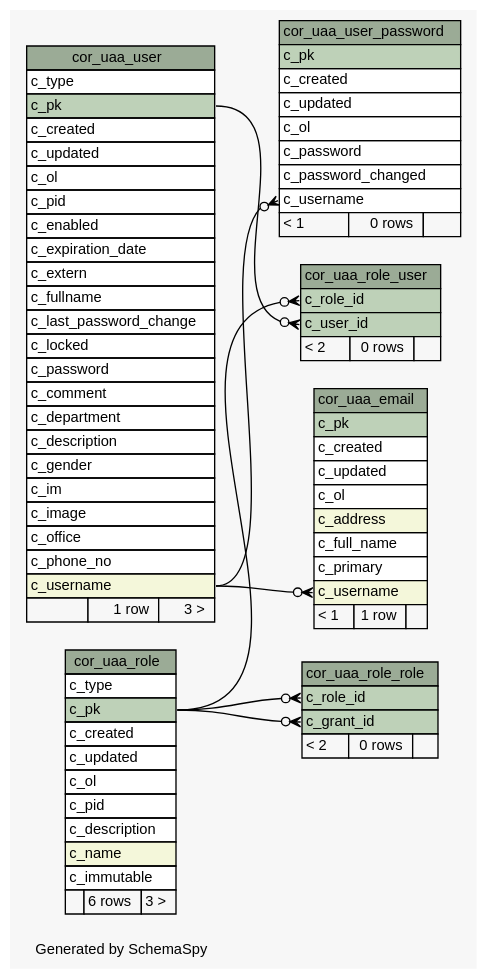
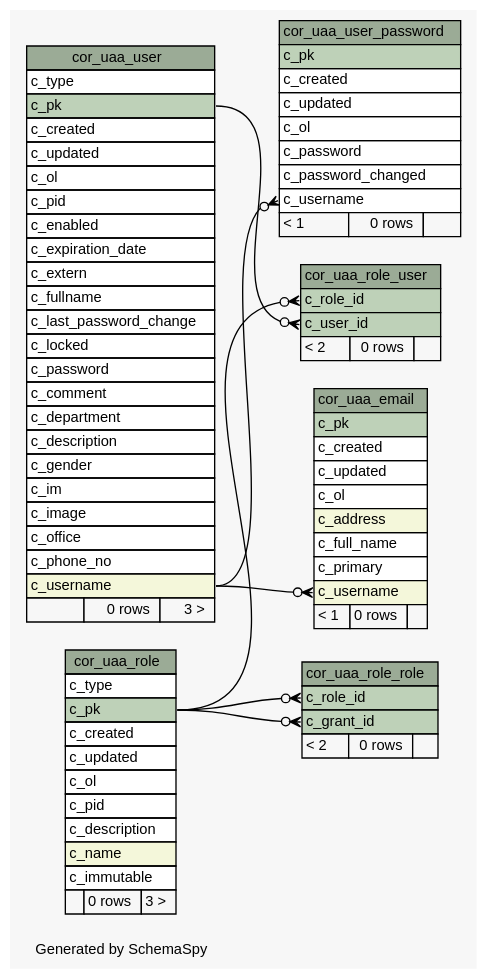
The diagram in 1.1.0-SNAPSHOT/schemaspy/diagrams/summary/relationships.real.large.dot (openwms/org.openwms.core.uaa), drawn with Graphviz before and after one commit. The commit also changed 402 other files, not shown here.

```diff
--- a/1.1.0-SNAPSHOT/schemaspy/diagrams/summary/relationships.real.large.dot
+++ b/1.1.0-SNAPSHOT/schemaspy/diagrams/summary/relationships.real.large.dot
@@ -1,132 +1,132 @@
-// dot 2.38.0 on Linux 4.15.0-1077-gcp
+// dot 2.43.0 on Linux 5.4.0-1039-azure
 // SchemaSpy rev Unknown
 digraph "largeRelationshipsDiagram" {
   graph [
     rankdir="RL"
     bgcolor="#f7f7f7"
     label="\nGenerated by SchemaSpy"
     labeljust="l"
     nodesep="0.18"
     ranksep="0.46"
     fontname="Helvetica"
     fontsize="11"
   ];
   node [
     fontname="Helvetica"
     fontsize="11"
     shape="plaintext"
   ];
   edge [
     arrowsize="0.8"
   ];
   "cor_uaa_email" [
     label=<
     <TABLE BORDER="0" CELLBORDER="1" CELLSPACING="0" BGCOLOR="#ffffff">
       <TR><TD COLSPAN="3" BGCOLOR="#9bab96" ALIGN="CENTER">cor_uaa_email</TD></TR>
       <TR><TD PORT="c_pk" COLSPAN="3" BGCOLOR="#bed1b8" ALIGN="LEFT">c_pk</TD></TR>
       <TR><TD PORT="c_created" COLSPAN="3" ALIGN="LEFT">c_created</TD></TR>
       <TR><TD PORT="c_updated" COLSPAN="3" ALIGN="LEFT">c_updated</TD></TR>
       <TR><TD PORT="c_ol" COLSPAN="3" ALIGN="LEFT">c_ol</TD></TR>
       <TR><TD PORT="c_address" COLSPAN="3" BGCOLOR="#f4f7da" ALIGN="LEFT">c_address</TD></TR>
       <TR><TD PORT="c_full_name" COLSPAN="3" ALIGN="LEFT">c_full_name</TD></TR>
       <TR><TD PORT="c_primary" COLSPAN="3" ALIGN="LEFT">c_primary</TD></TR>
       <TR><TD PORT="c_username" COLSPAN="3" BGCOLOR="#f4f7da" ALIGN="LEFT">c_username</TD></TR>
-      <TR><TD ALIGN="LEFT" BGCOLOR="#f7f7f7">&lt; 1</TD><TD ALIGN="RIGHT" BGCOLOR="#f7f7f7">1 row</TD><TD ALIGN="RIGHT" BGCOLOR="#f7f7f7">  </TD></TR>
+      <TR><TD ALIGN="LEFT" BGCOLOR="#f7f7f7">&lt; 1</TD><TD ALIGN="RIGHT" BGCOLOR="#f7f7f7">0 rows</TD><TD ALIGN="RIGHT" BGCOLOR="#f7f7f7">  </TD></TR>
     </TABLE>>
     URL="tables/cor_uaa_email.html"
     tooltip="cor_uaa_email"
   ];
   "cor_uaa_role" [
     label=<
     <TABLE BORDER="0" CELLBORDER="1" CELLSPACING="0" BGCOLOR="#ffffff">
       <TR><TD COLSPAN="3" BGCOLOR="#9bab96" ALIGN="CENTER">cor_uaa_role</TD></TR>
       <TR><TD PORT="c_type" COLSPAN="3" ALIGN="LEFT">c_type</TD></TR>
       <TR><TD PORT="c_pk" COLSPAN="3" BGCOLOR="#bed1b8" ALIGN="LEFT">c_pk</TD></TR>
       <TR><TD PORT="c_created" COLSPAN="3" ALIGN="LEFT">c_created</TD></TR>
       <TR><TD PORT="c_updated" COLSPAN="3" ALIGN="LEFT">c_updated</TD></TR>
       <TR><TD PORT="c_ol" COLSPAN="3" ALIGN="LEFT">c_ol</TD></TR>
       <TR><TD PORT="c_pid" COLSPAN="3" ALIGN="LEFT">c_pid</TD></TR>
       <TR><TD PORT="c_description" COLSPAN="3" ALIGN="LEFT">c_description</TD></TR>
       <TR><TD PORT="c_name" COLSPAN="3" BGCOLOR="#f4f7da" ALIGN="LEFT">c_name</TD></TR>
       <TR><TD PORT="c_immutable" COLSPAN="3" ALIGN="LEFT">c_immutable</TD></TR>
-      <TR><TD ALIGN="LEFT" BGCOLOR="#f7f7f7">  </TD><TD ALIGN="RIGHT" BGCOLOR="#f7f7f7">6 rows</TD><TD ALIGN="RIGHT" BGCOLOR="#f7f7f7">3 &gt;</TD></TR>
+      <TR><TD ALIGN="LEFT" BGCOLOR="#f7f7f7">  </TD><TD ALIGN="RIGHT" BGCOLOR="#f7f7f7">0 rows</TD><TD ALIGN="RIGHT" BGCOLOR="#f7f7f7">3 &gt;</TD></TR>
     </TABLE>>
     URL="tables/cor_uaa_role.html"
     tooltip="cor_uaa_role"
   ];
   "cor_uaa_role_role" [
     label=<
     <TABLE BORDER="0" CELLBORDER="1" CELLSPACING="0" BGCOLOR="#ffffff">
       <TR><TD COLSPAN="3" BGCOLOR="#9bab96" ALIGN="CENTER">cor_uaa_role_role</TD></TR>
       <TR><TD PORT="c_role_id" COLSPAN="3" BGCOLOR="#bed1b8" ALIGN="LEFT">c_role_id</TD></TR>
       <TR><TD PORT="c_grant_id" COLSPAN="3" BGCOLOR="#bed1b8" ALIGN="LEFT">c_grant_id</TD></TR>
       <TR><TD ALIGN="LEFT" BGCOLOR="#f7f7f7">&lt; 2</TD><TD ALIGN="RIGHT" BGCOLOR="#f7f7f7">0 rows</TD><TD ALIGN="RIGHT" BGCOLOR="#f7f7f7">  </TD></TR>
     </TABLE>>
     URL="tables/cor_uaa_role_role.html"
     tooltip="cor_uaa_role_role"
   ];
   "cor_uaa_role_user" [
     label=<
     <TABLE BORDER="0" CELLBORDER="1" CELLSPACING="0" BGCOLOR="#ffffff">
       <TR><TD COLSPAN="3" BGCOLOR="#9bab96" ALIGN="CENTER">cor_uaa_role_user</TD></TR>
       <TR><TD PORT="c_role_id" COLSPAN="3" BGCOLOR="#bed1b8" ALIGN="LEFT">c_role_id</TD></TR>
       <TR><TD PORT="c_user_id" COLSPAN="3" BGCOLOR="#bed1b8" ALIGN="LEFT">c_user_id</TD></TR>
       <TR><TD ALIGN="LEFT" BGCOLOR="#f7f7f7">&lt; 2</TD><TD ALIGN="RIGHT" BGCOLOR="#f7f7f7">0 rows</TD><TD ALIGN="RIGHT" BGCOLOR="#f7f7f7">  </TD></TR>
     </TABLE>>
     URL="tables/cor_uaa_role_user.html"
     tooltip="cor_uaa_role_user"
   ];
   "cor_uaa_user" [
     label=<
     <TABLE BORDER="0" CELLBORDER="1" CELLSPACING="0" BGCOLOR="#ffffff">
       <TR><TD COLSPAN="3" BGCOLOR="#9bab96" ALIGN="CENTER">cor_uaa_user</TD></TR>
       <TR><TD PORT="c_type" COLSPAN="3" ALIGN="LEFT">c_type</TD></TR>
       <TR><TD PORT="c_pk" COLSPAN="3" BGCOLOR="#bed1b8" ALIGN="LEFT">c_pk</TD></TR>
       <TR><TD PORT="c_created" COLSPAN="3" ALIGN="LEFT">c_created</TD></TR>
       <TR><TD PORT="c_updated" COLSPAN="3" ALIGN="LEFT">c_updated</TD></TR>
       <TR><TD PORT="c_ol" COLSPAN="3" ALIGN="LEFT">c_ol</TD></TR>
       <TR><TD PORT="c_pid" COLSPAN="3" ALIGN="LEFT">c_pid</TD></TR>
       <TR><TD PORT="c_enabled" COLSPAN="3" ALIGN="LEFT">c_enabled</TD></TR>
       <TR><TD PORT="c_expiration_date" COLSPAN="3" ALIGN="LEFT">c_expiration_date</TD></TR>
       <TR><TD PORT="c_extern" COLSPAN="3" ALIGN="LEFT">c_extern</TD></TR>
       <TR><TD PORT="c_fullname" COLSPAN="3" ALIGN="LEFT">c_fullname</TD></TR>
       <TR><TD PORT="c_last_password_change" COLSPAN="3" ALIGN="LEFT">c_last_password_change</TD></TR>
       <TR><TD PORT="c_locked" COLSPAN="3" ALIGN="LEFT">c_locked</TD></TR>
       <TR><TD PORT="c_password" COLSPAN="3" ALIGN="LEFT">c_password</TD></TR>
       <TR><TD PORT="c_comment" COLSPAN="3" ALIGN="LEFT">c_comment</TD></TR>
       <TR><TD PORT="c_department" COLSPAN="3" ALIGN="LEFT">c_department</TD></TR>
       <TR><TD PORT="c_description" COLSPAN="3" ALIGN="LEFT">c_description</TD></TR>
       <TR><TD PORT="c_gender" COLSPAN="3" ALIGN="LEFT">c_gender</TD></TR>
       <TR><TD PORT="c_im" COLSPAN="3" ALIGN="LEFT">c_im</TD></TR>
       <TR><TD PORT="c_image" COLSPAN="3" ALIGN="LEFT">c_image</TD></TR>
       <TR><TD PORT="c_office" COLSPAN="3" ALIGN="LEFT">c_office</TD></TR>
       <TR><TD PORT="c_phone_no" COLSPAN="3" ALIGN="LEFT">c_phone_no</TD></TR>
       <TR><TD PORT="c_username" COLSPAN="3" BGCOLOR="#f4f7da" ALIGN="LEFT">c_username</TD></TR>
-      <TR><TD ALIGN="LEFT" BGCOLOR="#f7f7f7">  </TD><TD ALIGN="RIGHT" BGCOLOR="#f7f7f7">1 row</TD><TD ALIGN="RIGHT" BGCOLOR="#f7f7f7">3 &gt;</TD></TR>
+      <TR><TD ALIGN="LEFT" BGCOLOR="#f7f7f7">  </TD><TD ALIGN="RIGHT" BGCOLOR="#f7f7f7">0 rows</TD><TD ALIGN="RIGHT" BGCOLOR="#f7f7f7">3 &gt;</TD></TR>
     </TABLE>>
     URL="tables/cor_uaa_user.html"
     tooltip="cor_uaa_user"
   ];
   "cor_uaa_user_password" [
     label=<
     <TABLE BORDER="0" CELLBORDER="1" CELLSPACING="0" BGCOLOR="#ffffff">
       <TR><TD COLSPAN="3" BGCOLOR="#9bab96" ALIGN="CENTER">cor_uaa_user_password</TD></TR>
       <TR><TD PORT="c_pk" COLSPAN="3" BGCOLOR="#bed1b8" ALIGN="LEFT">c_pk</TD></TR>
       <TR><TD PORT="c_created" COLSPAN="3" ALIGN="LEFT">c_created</TD></TR>
       <TR><TD PORT="c_updated" COLSPAN="3" ALIGN="LEFT">c_updated</TD></TR>
       <TR><TD PORT="c_ol" COLSPAN="3" ALIGN="LEFT">c_ol</TD></TR>
       <TR><TD PORT="c_password" COLSPAN="3" ALIGN="LEFT">c_password</TD></TR>
       <TR><TD PORT="c_password_changed" COLSPAN="3" ALIGN="LEFT">c_password_changed</TD></TR>
       <TR><TD PORT="c_username" COLSPAN="3" ALIGN="LEFT">c_username</TD></TR>
       <TR><TD ALIGN="LEFT" BGCOLOR="#f7f7f7">&lt; 1</TD><TD ALIGN="RIGHT" BGCOLOR="#f7f7f7">0 rows</TD><TD ALIGN="RIGHT" BGCOLOR="#f7f7f7">  </TD></TR>
     </TABLE>>
     URL="tables/cor_uaa_user_password.html"
     tooltip="cor_uaa_user_password"
   ];
   "cor_uaa_email":"c_username":w -> "cor_uaa_user":"c_username":e [arrowhead=none dir=back arrowtail=crowodot];
   "cor_uaa_role_role":"c_grant_id":w -> "cor_uaa_role":"c_pk":e [arrowhead=none dir=back arrowtail=crowodot];
   "cor_uaa_role_role":"c_role_id":w -> "cor_uaa_role":"c_pk":e [arrowhead=none dir=back arrowtail=crowodot];
   "cor_uaa_role_user":"c_role_id":w -> "cor_uaa_role":"c_pk":e [arrowhead=none dir=back arrowtail=crowodot];
   "cor_uaa_role_user":"c_user_id":w -> "cor_uaa_user":"c_pk":e [arrowhead=none dir=back arrowtail=crowodot];
   "cor_uaa_user_password":"c_username":w -> "cor_uaa_user":"c_username":e [arrowhead=none dir=back arrowtail=crowodot];
 }
```
